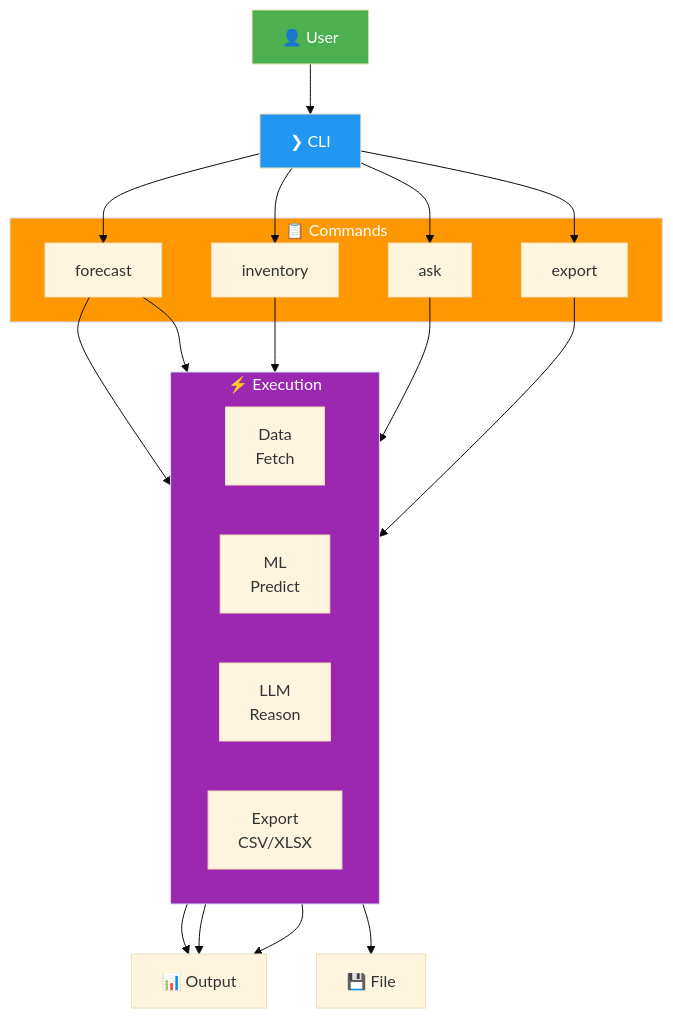
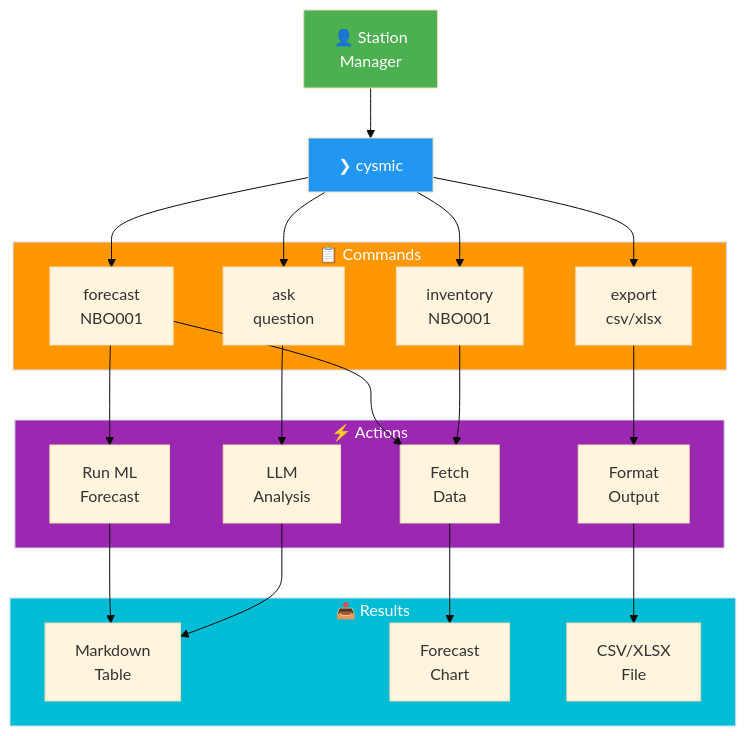
The fourth of 6 diagrams in docs/architecture.md (project-merlin-00/cysmic-fuel-forecasting), drawn with Mermaid before and after one commit. The commit also changed other lines of this file, not shown here.

First line of the commit message:
Update with Kenya O&G retail specific diagrams

````diff
--- a/docs/architecture.md
+++ b/docs/architecture.md
@@ -121,41 +141,47 @@
 ```mermaid
 %%{init: {'theme': 'base'}}%%
 flowchart TB
-    User[👤 User] --> CLI[❯ CLI]
+    User[👤 Station<br/>Manager] --> CLI[❯ cysmic]
     
     subgraph Commands["📋 Commands"]
-        FC[forecast]
-        INV[inventory]
-        ASK[ask]
-        EXP[export]
+        FC[forecast<br/>NBO001]
+        INV[inventory<br/>NBO001]
+        ASK[ask<br/>question]
+        EXP[export<br/>csv/xlsx]
     end
     
-    subgraph Execution["⚡ Execution"]
-        direction LR
-        Data[Data<br/>Fetch]
-        ML[ML<br/>Predict]
-        LLM[LLM<br/>Reason]
-        EXP_F[Export<br/>CSV/XLSX]
+    subgraph Actions["⚡ Actions"]
+        Data1[Fetch<br/>Data]
+        Predict[Run ML<br/>Forecast]
+        LLM1[LLM<br/>Analysis]
+        Format[Format<br/>Output]
+    end
+    
+    subgraph Results["📤 Results"]
+        Table[Markdown<br/>Table]
+        Chart[Forecast<br/>Chart]
+        File[CSV/XLSX<br/>File]
     end
     
     CLI --> FC
     CLI --> INV
     CLI --> ASK
     CLI --> EXP
     
-    FC --> Data
-    FC --> ML
-    INV --> Data
-    ASK --> LLM
-    EXP --> EXP_F
+    FC --> Data1
+    FC --> Predict
+    INV --> Data1
+    ASK --> LLM1
+    EXP --> Format
     
-    ML --> Output[📊 Output]
-    Data --> Output
-    LLM --> Output
-    EXP_F --> File[💾 File]
+    Predict --> Table
+    Data1 --> Chart
+    LLM1 --> Table
+    Format --> File
     
     style User fill:#4caf50,color:#fff
     style CLI fill:#2196f3,color:#fff
     style Commands fill:#ff9800,color:#fff
-    style Execution fill:#9c27b0,color:#fff
+    style Actions fill:#9c27b0,color:#fff
+    style Results fill:#00bcd4,color:#fff
 ```
````
